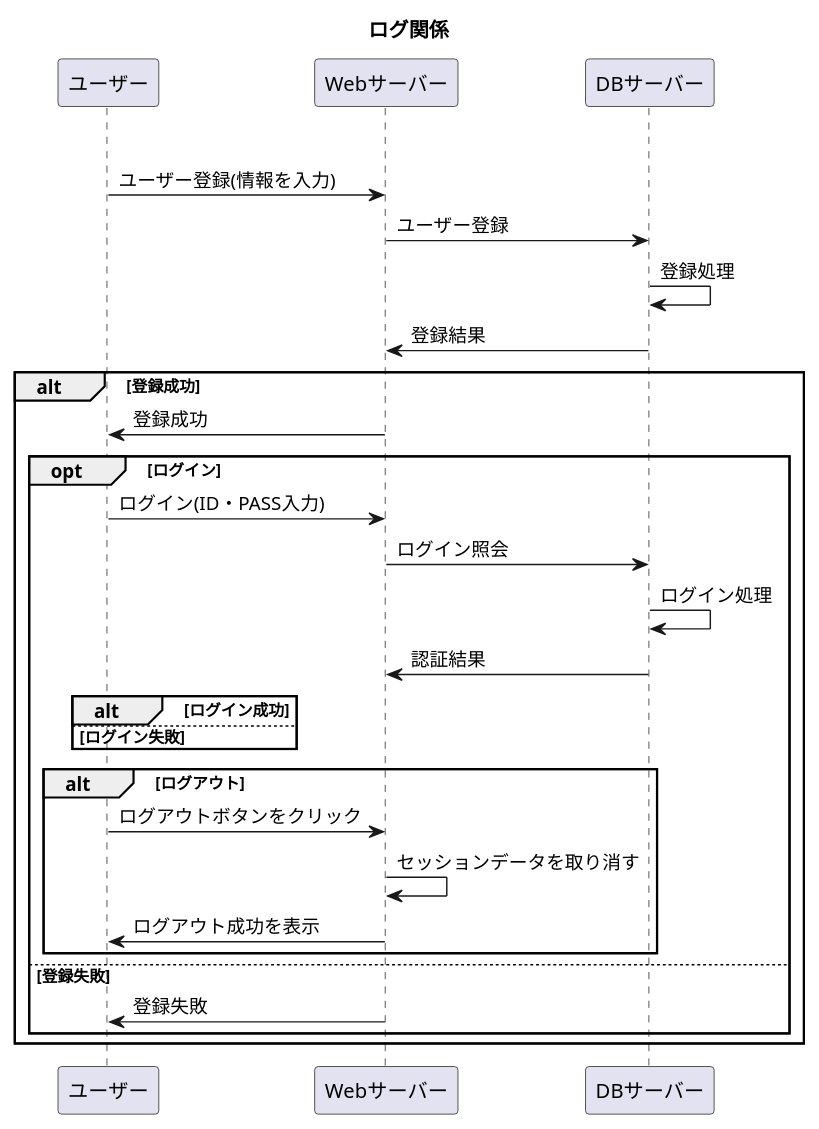
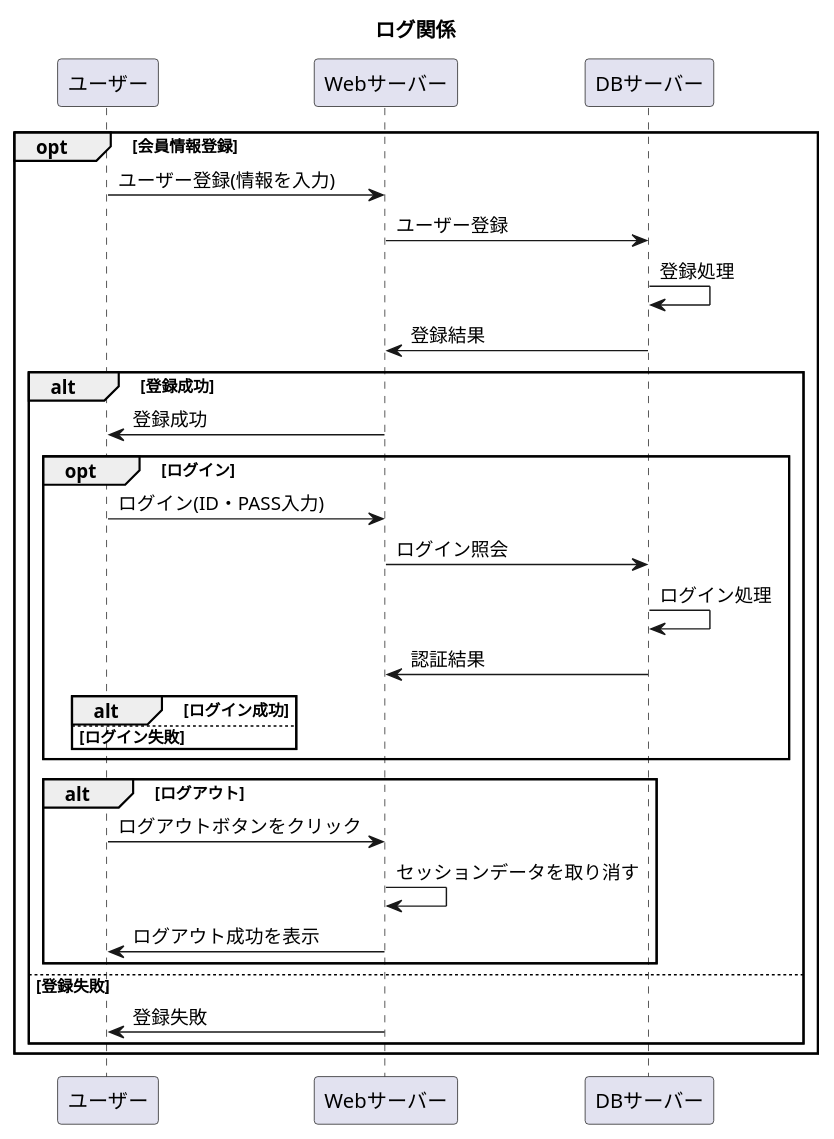
One commit to Aso2001227/Aso-Sports-1 changed the diagram in 設計書/02_業務フロー/Log-flow.md. Above: the diagram before and after it, drawn with PlantUML.

````diff
--- a/設計書/02_業務フロー/Log-flow.md
+++ b/設計書/02_業務フロー/Log-flow.md
@@ -1,29 +1,30 @@
 ```uml
 @startuml
 title: ログ関係
 opt 会員情報登録
   ユーザー -> Webサーバー : ユーザー登録(情報を入力)
   Webサーバー -> DBサーバー : ユーザー登録
   DBサーバー -> DBサーバー : 登録処理
   DBサーバー -> Webサーバー : 登録結果
   alt 登録成功
     Webサーバー -> ユーザー : 登録成功
     opt ログイン
       ユーザー -> Webサーバー : ログイン(ID・PASS入力)
       Webサーバー -> DBサーバー : ログイン照会
       DBサーバー -> DBサーバー : ログイン処理
       DBサーバー -> Webサーバー : 認証結果
       alt ログイン成功
-      else ログイン失敗
+       else ログイン失敗
+      end
       end
     alt ログアウト
       ユーザー ->Webサーバー :ログアウトボタンをクリック
       Webサーバー -> Webサーバー :セッションデータを取り消す
       Webサーバー -> ユーザー :ログアウト成功を表示
      end
     else 登録失敗
     Webサーバー -> ユーザー : 登録失敗
   end
  end
 @enduml
 ```
````
